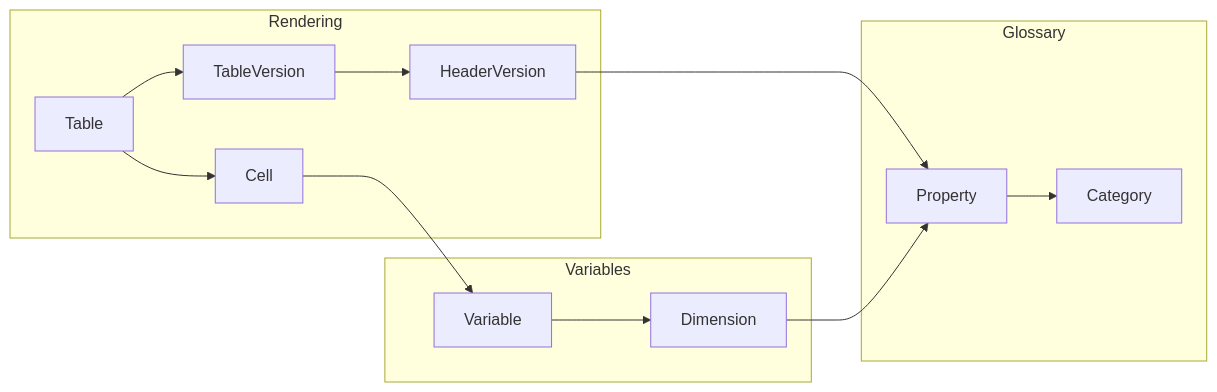
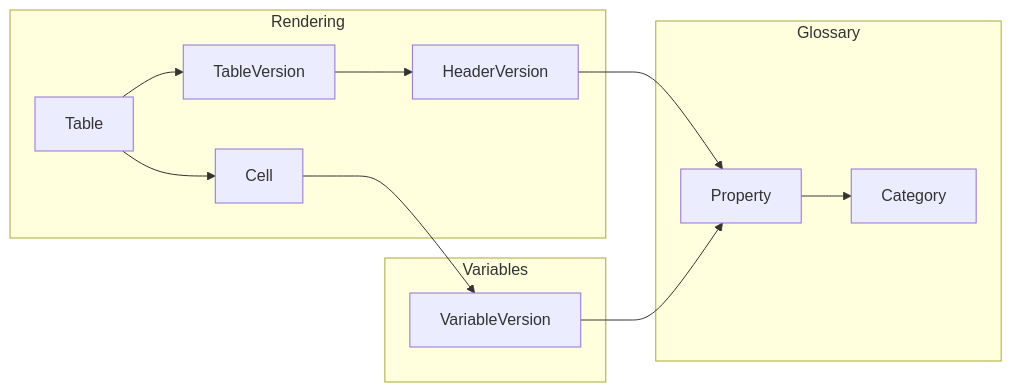
Before and after one commit to sdmx-twg/wp-sdmx-dpm: the tenth of 13 diagrams in docs/models-relationships/02_data_definition/01_data_definition_overview.md, drawn with Mermaid. The commit also changed other lines of this file, not shown here.

````diff
--- a/docs/models-relationships/02_data_definition/01_data_definition_overview.md
+++ b/docs/models-relationships/02_data_definition/01_data_definition_overview.md
@@ -322,19 +313,19 @@
 ```mermaid
 flowchart LR
     subgraph Rendering
         Table --> TableVersion
         TableVersion --> HeaderVersion
         Table --> Cell
     end
     subgraph Variables
-        Variable --> Dimension
+        VariableVersion
     end
     subgraph Glossary
         Property
         Category
     end
     HeaderVersion --> Property
-    Cell --> Variable
-    Dimension --> Property
+    Cell --> VariableVersion
+    VariableVersion --> Property
     Property --> Category
 ```
````
